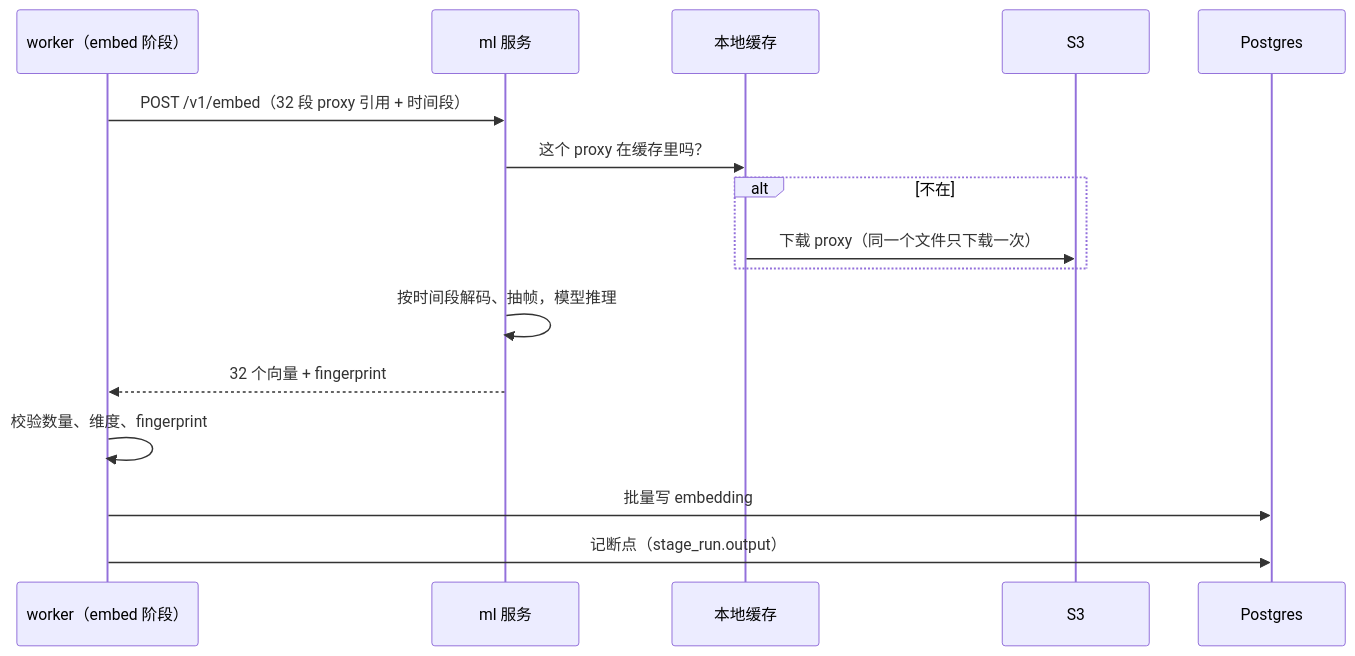
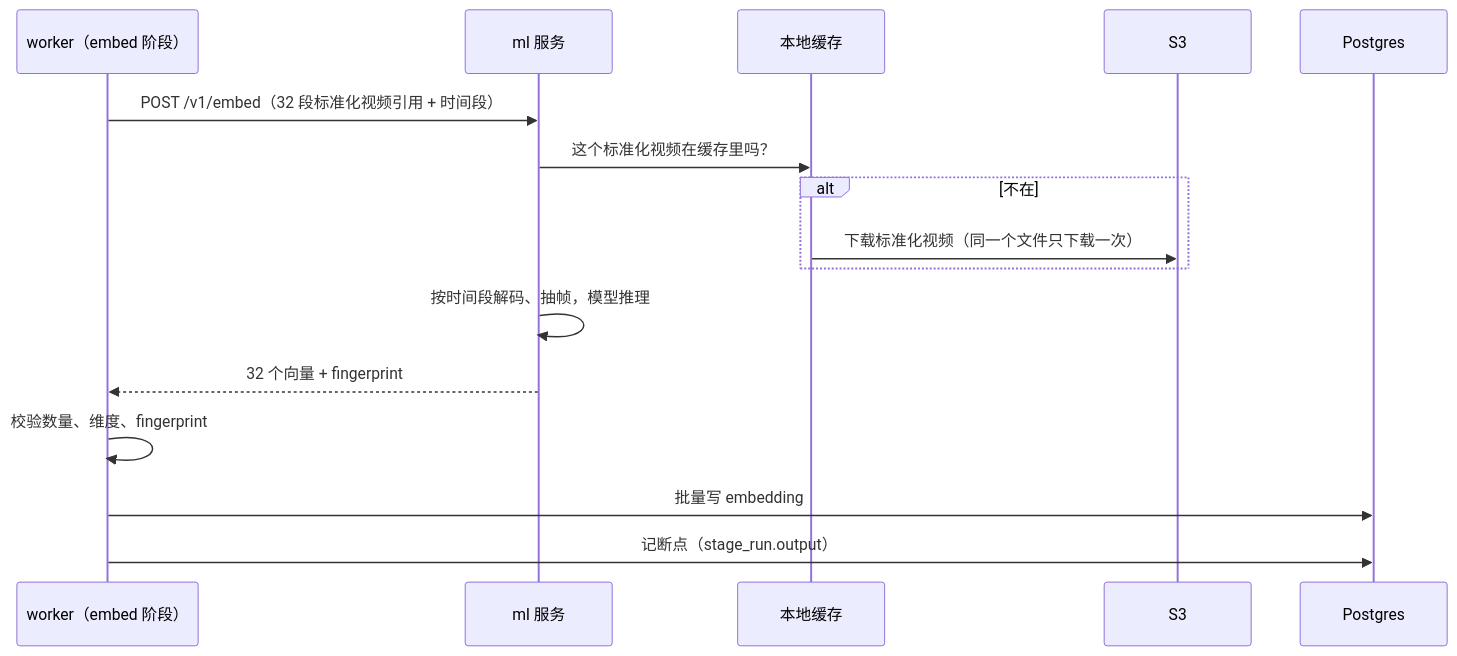
One commit to realOzine/videohelper changed the second of 5 diagrams in docs/spec.md. Above: the diagram before and after it, drawn with Mermaid. The commit also changed other lines of this file and 5 other files, not shown here.

````diff
--- a/docs/spec.md
+++ b/docs/spec.md
@@ -1756,18 +1758,18 @@
 ```mermaid
 sequenceDiagram
   participant W as worker（embed 阶段）
   participant P as ml 服务
   participant C as 本地缓存
   participant S as S3
   participant G as Postgres
-  W->>P: POST /v1/embed（32 段 proxy 引用 + 时间段）
-  P->>C: 这个 proxy 在缓存里吗？
+  W->>P: POST /v1/embed（32 段标准化视频引用 + 时间段）
+  P->>C: 这个标准化视频在缓存里吗？
   alt 不在
-    C->>S: 下载 proxy（同一个文件只下载一次）
+    C->>S: 下载标准化视频（同一个文件只下载一次）
   end
   P->>P: 按时间段解码、抽帧，模型推理
   P-->>W: 32 个向量 + fingerprint
   W->>W: 校验数量、维度、fingerprint
   W->>G: 批量写 embedding
   W->>G: 记断点（stage_run.output）
 ```
````
